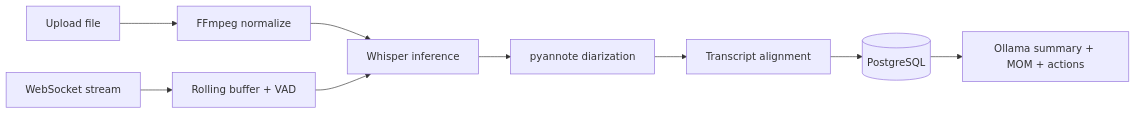
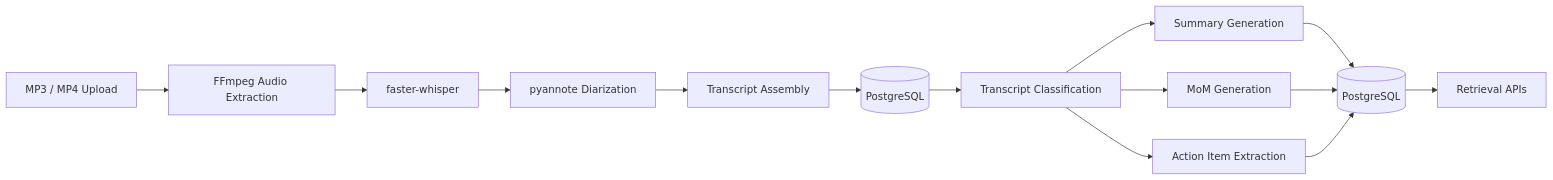
One commit to dkstlzk/speechflow changed the diagram in README.md. Above: the diagram before and after it, drawn with Mermaid. The commit also changed other lines of this file, not shown here.

Commit message:
docs: align README with implemented upload and intelligence features

````diff
--- a/README.md
+++ b/README.md
@@ -17,11 +68,28 @@
 ```mermaid
 flowchart LR
-  U[Upload file] --> P[FFmpeg normalize]
-  S[WebSocket stream] --> B[Rolling buffer + VAD]
-  P --> W[Whisper inference]
-  B --> W
-  W --> D[pyannote diarization]
-  D --> A[Transcript alignment]
-  A --> DB[(PostgreSQL)]
-  DB --> L[Ollama summary + MOM + actions]
+
+A[MP3 / MP4 Upload]
+--> B[FFmpeg Audio Extraction]
+
+B --> C[faster-whisper]
+
+C --> D[pyannote Diarization]
+
+D --> E[Transcript Assembly]
+
+E --> F[(PostgreSQL)]
+
+F --> G[Transcript Classification]
+
+G --> H[Summary Generation]
+
+G --> I[MoM Generation]
+
+G --> J[Action Item Extraction]
+
+H --> K[(PostgreSQL)]
+I --> K
+J --> K
+
+K --> L[Retrieval APIs]
 ```
````
